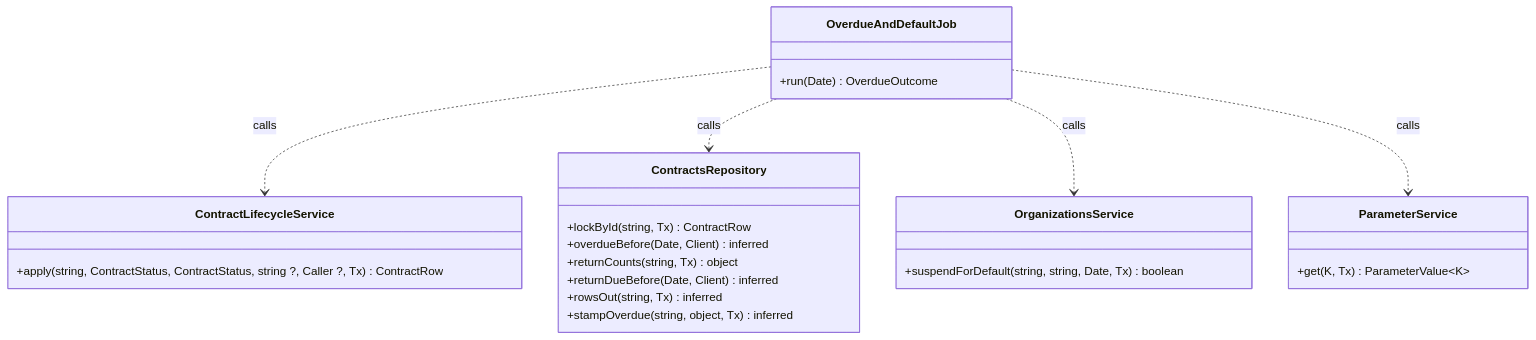
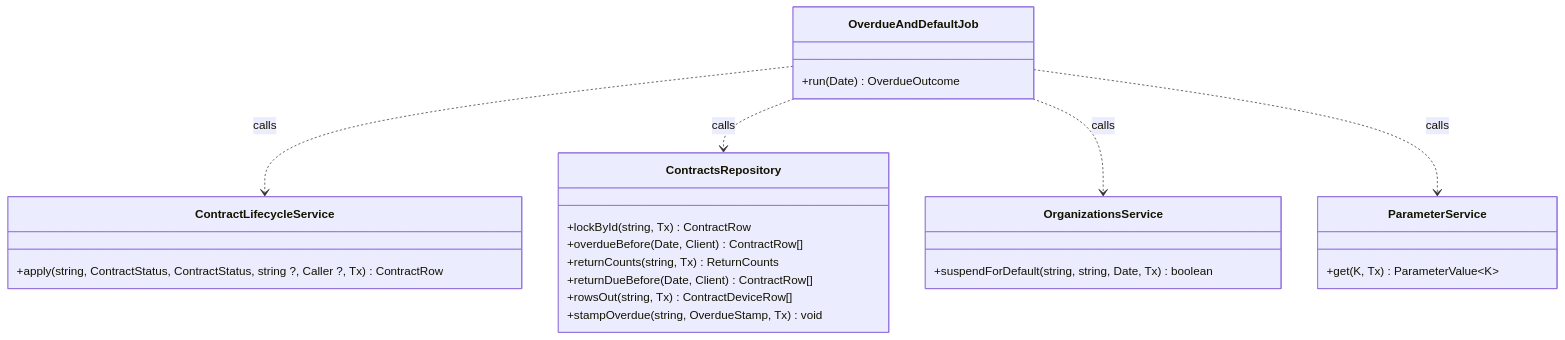
One commit to TrekLink-Team/treklink-web changed diagram 16 of 29 in specs/rentals/design.md. Above: the diagram before and after it, drawn with Mermaid. The commit also changed other lines of this file and 2 other files, not shown here.

First line of the commit message:
docs: UC-24 renewal only, no opt blocks, named return types (review of #113)

````diff
--- a/specs/rentals/design.md
+++ b/specs/rentals/design.md
@@ -588,28 +588,28 @@
 ```mermaid
 classDiagram
     direction TB
     class OverdueAndDefaultJob {
         +run(Date) OverdueOutcome
     }
     class ParameterService {
         +get(K, Tx) ParameterValue~K~
     }
     class ContractsRepository {
         +lockById(string, Tx) ContractRow
-        +overdueBefore(Date, Client) inferred
-        +returnCounts(string, Tx) object
-        +returnDueBefore(Date, Client) inferred
-        +rowsOut(string, Tx) inferred
-        +stampOverdue(string, object, Tx) inferred
+        +overdueBefore(Date, Client) ContractRow[]
+        +returnCounts(string, Tx) ReturnCounts
+        +returnDueBefore(Date, Client) ContractRow[]
+        +rowsOut(string, Tx) ContractDeviceRow[]
+        +stampOverdue(string, OverdueStamp, Tx) void
     }
     class ContractLifecycleService {
         +apply(string, ContractStatus, ContractStatus, string ?, Caller ?, Tx) ContractRow
     }
     class OrganizationsService {
         +suspendForDefault(string, string, Date, Tx) boolean
     }
     OverdueAndDefaultJob ..> ContractLifecycleService : calls
     OverdueAndDefaultJob ..> ContractsRepository : calls
     OverdueAndDefaultJob ..> OrganizationsService : calls
     OverdueAndDefaultJob ..> ParameterService : calls
 ```
````
